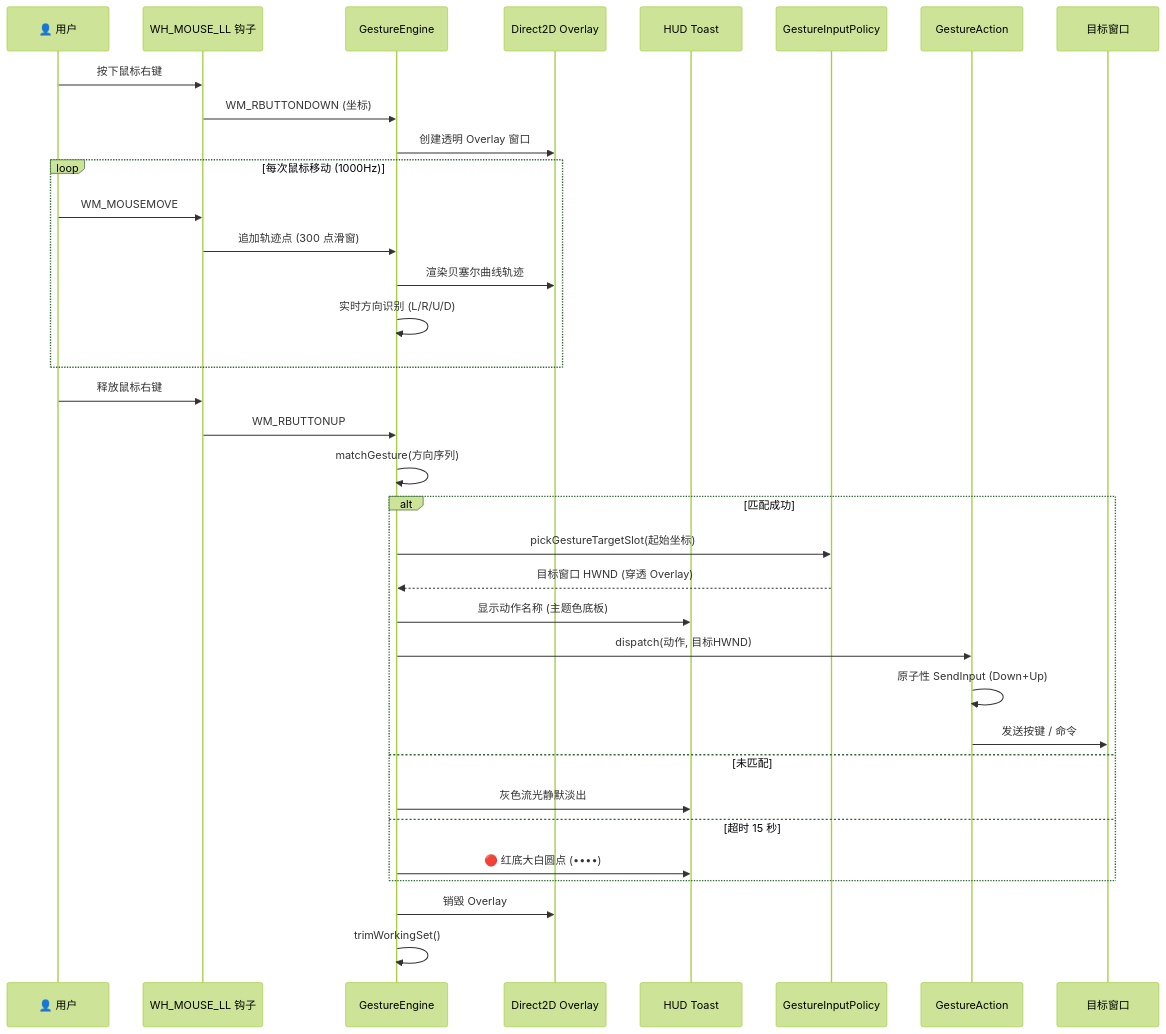
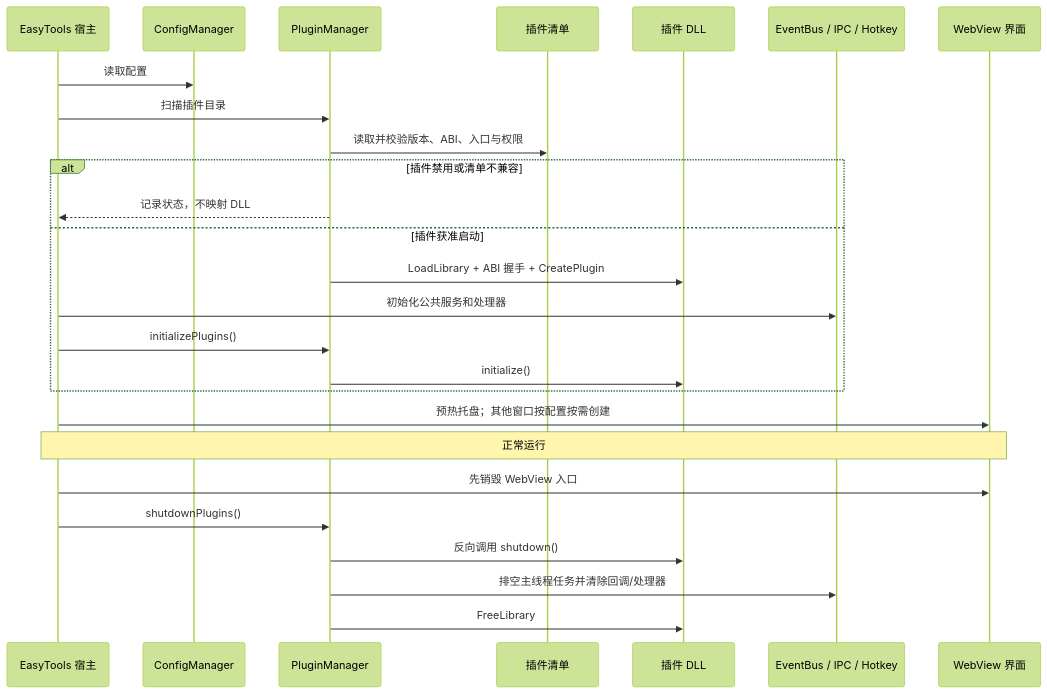
The third of 3 diagrams in README.md (yuan278501381/EasyTools), drawn with Mermaid (forest theme) before and after one commit. The commit also changed other lines of this file and 11 other files, not shown here.

First line of the commit message:
docs(readme): 重构中英文官方 README 文档与全套界面实景展示图

````diff
--- a/README.md
+++ b/README.md
@@ -358,43 +189,29 @@
 ```mermaid
 sequenceDiagram
-    participant U as 👤 用户
-    participant Hook as WH_MOUSE_LL 钩子
-    participant Engine as GestureEngine
-    participant D2D as Direct2D Overlay
-    participant HUD as HUD Toast
-    participant Policy as GestureInputPolicy
-    participant Action as GestureAction
-    participant Target as 目标窗口
+    participant App as EasyTools 宿主
+    participant Config as ConfigManager
+    participant PM as PluginManager
+    participant Manifest as 插件清单
+    participant DLL as 插件 DLL
+    participant Core as EventBus / IPC / Hotkey
+    participant UI as WebView 界面
 
-    U->>Hook: 按下鼠标右键
-    Hook->>Engine: WM_RBUTTONDOWN (坐标)
-    Engine->>D2D: 创建透明 Overlay 窗口
-    
-    loop 每次鼠标移动 (1000Hz)
-        U->>Hook: WM_MOUSEMOVE
-        Hook->>Engine: 追加轨迹点 (300 点滑窗)
-        Engine->>D2D: 渲染贝塞尔曲线轨迹
-        Engine->>Engine: 实时方向识别 (L/R/U/D)
+    App->>Config: 读取配置
+    App->>PM: 扫描插件目录
+    PM->>Manifest: 读取并校验版本、ABI、入口与权限
+    alt 插件禁用或清单不兼容
+        PM-->>App: 记录状态，不映射 DLL
+    else 插件获准启动
+        PM->>DLL: LoadLibrary + ABI 握手 + CreatePlugin
+        App->>Core: 初始化公共服务和处理器
+        App->>PM: initializePlugins()
+        PM->>DLL: initialize()
     end
-
-    U->>Hook: 释放鼠标右键
-    Hook->>Engine: WM_RBUTTONUP
-
-    Engine->>Engine: matchGesture(方向序列)
-    
-    alt 匹配成功
-        Engine->>Policy: pickGestureTargetSlot(起始坐标)
-        Policy-->>Engine: 目标窗口 HWND (穿透 Overlay)
-        Engine->>HUD: 显示动作名称 (主题色底板)
-        Engine->>Action: dispatch(动作, 目标HWND)
-        Action->>Action: 原子性 SendInput (Down+Up)
-        Action->>Target: 发送按键 / 命令
-    else 未匹配
-        Engine->>HUD: 灰色流光静默淡出
-    else 超时 15 秒
-        Engine->>HUD: 🔴 红底大白圆点 (••••)
-    end
-
-    Engine->>D2D: 销毁 Overlay
-    Engine->>Engine: trimWorkingSet()
+    App->>UI: 预热托盘；其他窗口按配置按需创建
+    Note over App,UI: 正常运行
+    App->>UI: 先销毁 WebView 入口
+    App->>PM: shutdownPlugins()
+    PM->>DLL: 反向调用 shutdown()
+    PM->>Core: 排空主线程任务并清除回调/处理器
+    PM->>DLL: FreeLibrary
 ```
````
